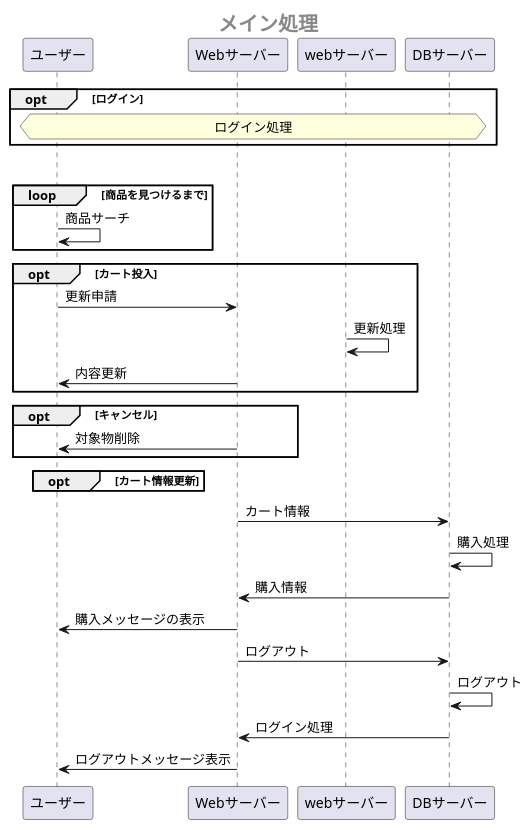
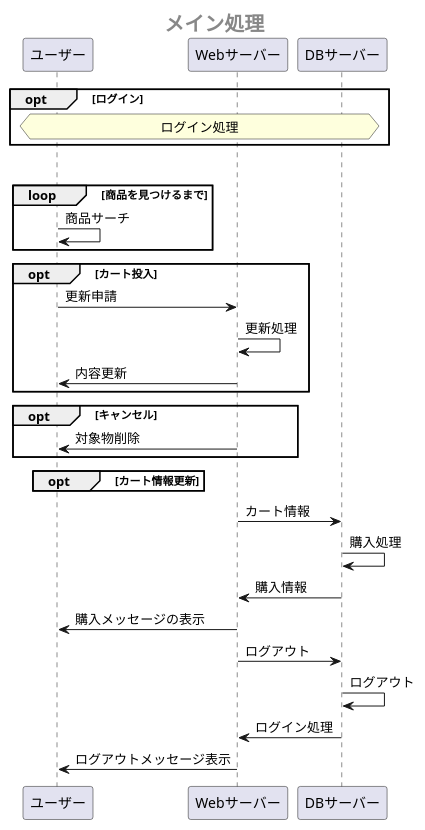
Before and after one commit to Aso2001385/2021sys-design: the first of 2 diagrams in sample/OperationFrow.md, drawn with PlantUML.

````diff
--- a/sample/OperationFrow.md
+++ b/sample/OperationFrow.md
@@ -1,40 +1,40 @@
 ```uml 
 @startuml 
 center header <size:20><b>メイン処理</b></size>
 
 opt ログイン
  hnote across: ログイン処理
 end
 
 loop 購入するまで
  loop 商品を見つけるまで
   ユーザー -> ユーザー:商品サーチ
  end
  
  opt カート投入
   ユーザー -> Webサーバー:更新申請
-  webサーバー -> webサーバー:更新処理
+  Webサーバー -> Webサーバー:更新処理
   Webサーバー ->ユーザー:内容更新
  end
  opt キャンセル
   Webサーバー ->ユーザー:対象物削除
  end
 
  opt カート情報更新
      
  end
   
 Webサーバー -> DBサーバー:カート情報
 DBサーバー -> DBサーバー:購入処理
 DBサーバー -> Webサーバー:購入情報
 Webサーバー ->ユーザー:購入メッセージの表示
 
  
 
 Webサーバー -> DBサーバー:ログアウト
 DBサーバー -> DBサーバー:ログアウト
 DBサーバー -> Webサーバー:ログイン処理
 Webサーバー ->ユーザー:ログアウトメッセージ表示
 
 @enduml
 ```
````
